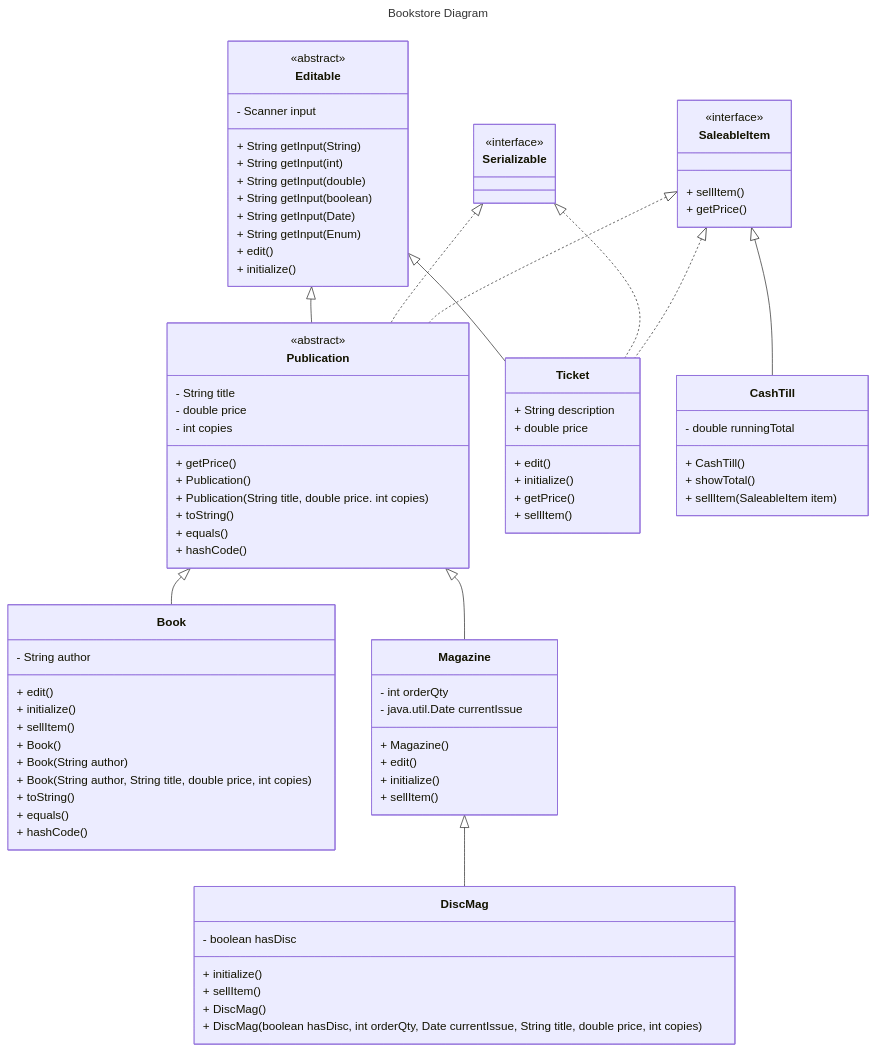
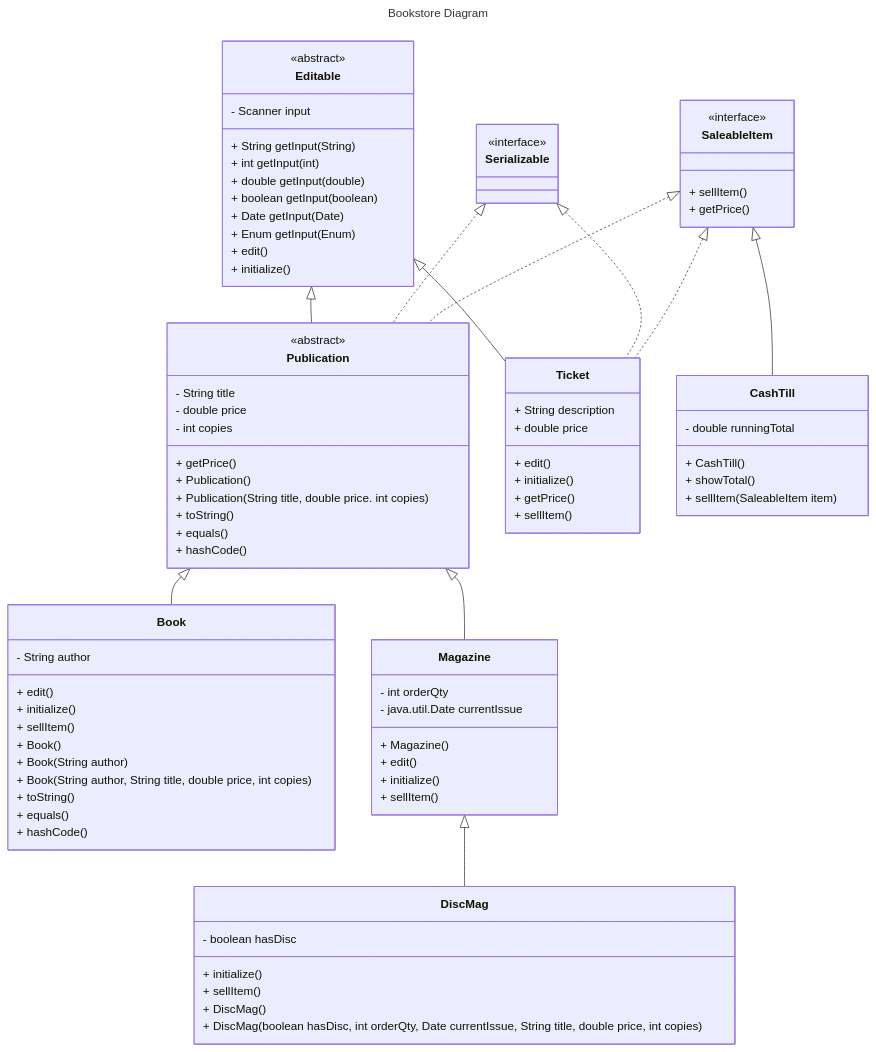
One commit to juanroy012/CSD214_Fall25_JuanRoy changed the diagram in diagram.md. Above: the diagram before and after it, drawn with Mermaid. The commit also changed 10 other files, not shown here.

```diff
--- a/diagram.md
+++ b/diagram.md
@@ -27,11 +27,11 @@
     <<abstract>> Editable
     Editable: - Scanner input
     Editable: + String getInput(String)
-    Editable: + String getInput(int)
-    Editable: + String getInput(double)
-    Editable: + String getInput(boolean)
-    Editable: + String getInput(Date)
-    Editable: + String getInput(Enum)
+    Editable: + int getInput(int)
+    Editable: + double getInput(double)
+    Editable: + boolean getInput(boolean)
+    Editable: + Date getInput(Date)
+    Editable: + Enum getInput(Enum)
     Editable: + edit()
     Editable: + initialize()
     
```
